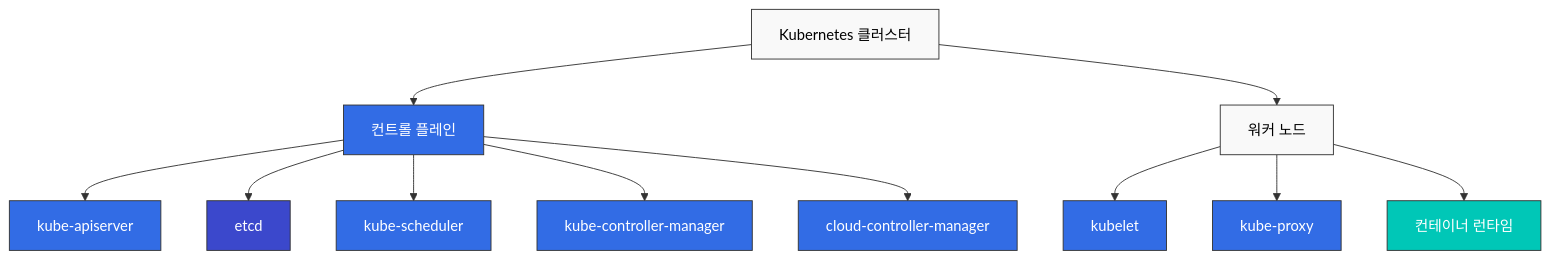
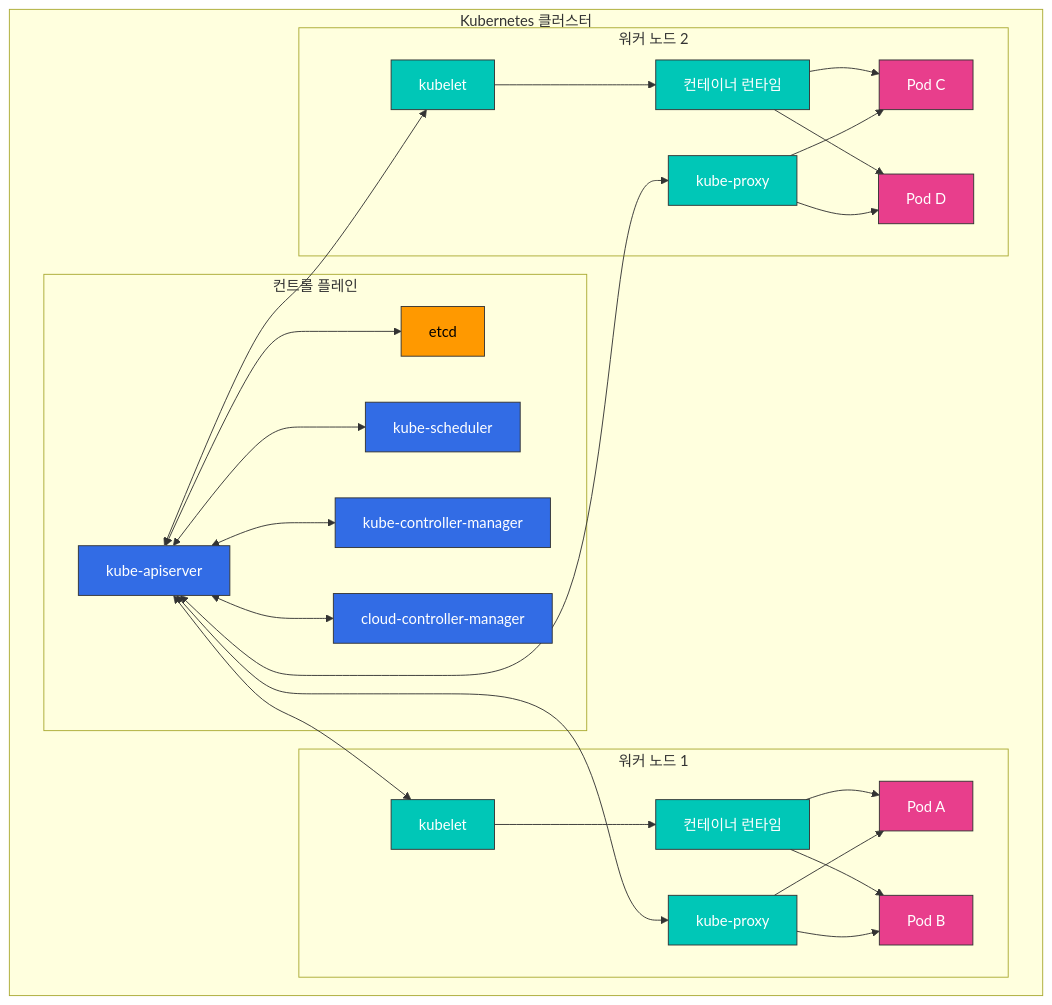
One commit to Atom-oh/kubernetes-docs changed the first of 12 diagrams in core/01-cluster-architecture.md. Above: the diagram before and after it, drawn with Mermaid. The commit also changed other lines of this file, not shown here.

Commit message:
문서 개선: 클러스터 아키텍처 문서에 실습 환경 설정, 상세 아키텍처 다이어그램 및 구성 요소 표 추가

````diff
--- a/core/01-cluster-architecture.md
+++ b/core/01-cluster-architecture.md
@@ -5,29 +39,65 @@
 ```mermaid
 graph TD
-    A[Kubernetes 클러스터] --> B[컨트롤 플레인]
-    A --> C[워커 노드]
-    
-    B --> D[kube-apiserver]
-    B --> E[etcd]
-    B --> F[kube-scheduler]
-    B --> G[kube-controller-manager]
-    B --> H[cloud-controller-manager]
-    
-    C --> I[kubelet]
-    C --> J[kube-proxy]
-    C --> K[컨테이너 런타임]
+    subgraph "Kubernetes 클러스터"
+        subgraph "컨트롤 플레인"
+            API[kube-apiserver]
+            ETCD[etcd]
+            SCHED[kube-scheduler]
+            CM[kube-controller-manager]
+            CCM[cloud-controller-manager]
+            
+            API <--> ETCD
+            API <--> SCHED
+            API <--> CM
+            API <--> CCM
+        end
+        
+        subgraph "워커 노드 1"
+            KUBELET1[kubelet]
+            PROXY1[kube-proxy]
+            CRI1[컨테이너 런타임]
+            
+            POD1A[Pod A]
+            POD1B[Pod B]
+            
+            KUBELET1 --> CRI1
+            CRI1 --> POD1A
+            CRI1 --> POD1B
+            PROXY1 --> POD1A
+            PROXY1 --> POD1B
+        end
+        
+        subgraph "워커 노드 2"
+            KUBELET2[kubelet]
+            PROXY2[kube-proxy]
+            CRI2[컨테이너 런타임]
+            
+            POD2A[Pod C]
+            POD2B[Pod D]
+            
+            KUBELET2 --> CRI2
+            CRI2 --> POD2A
+            CRI2 --> POD2B
+            PROXY2 --> POD2A
+            PROXY2 --> POD2B
+        end
+        
+        API <--> KUBELET1
+        API <--> KUBELET2
+        API <--> PROXY1
+        API <--> PROXY2
+    end
     
     %% 스타일 정의
-    classDef awsService fill:#FF9900,stroke:#333,stroke-width:1px,color:black;
-    classDef k8sComponent fill:#326CE5,stroke:#333,stroke-width:1px,color:white;
-    classDef userApp fill:#00C7B7,stroke:#333,stroke-width:1px,color:white;
-    classDef dataStore fill:#3B48CC,stroke:#333,stroke-width:1px,color:white;
+    classDef controlPlane fill:#326CE5,stroke:#333,stroke-width:1px,color:white;
+    classDef dataStore fill:#FF9900,stroke:#333,stroke-width:1px,color:black;
+    classDef nodeComponent fill:#00C7B7,stroke:#333,stroke-width:1px,color:white;
+    classDef pod fill:#E83E8C,stroke:#333,stroke-width:1px,color:white;
     classDef default fill:#f9f9f9,stroke:#333,stroke-width:1px,color:black;
     
     %% 클래스 적용
-    class A default;
-    class B,D,F,G,H,I,J k8sComponent;
-    class E dataStore;
-    class K userApp;
-    class C default;
+    class API,SCHED,CM,CCM controlPlane;
+    class ETCD dataStore;
+    class KUBELET1,KUBELET2,PROXY1,PROXY2,CRI1,CRI2 nodeComponent;
+    class POD1A,POD1B,POD2A,POD2B pod;
 ```
````
